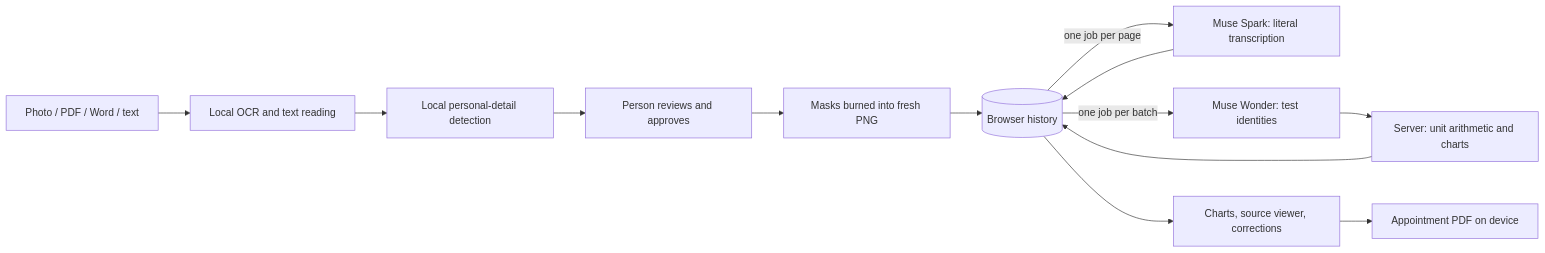
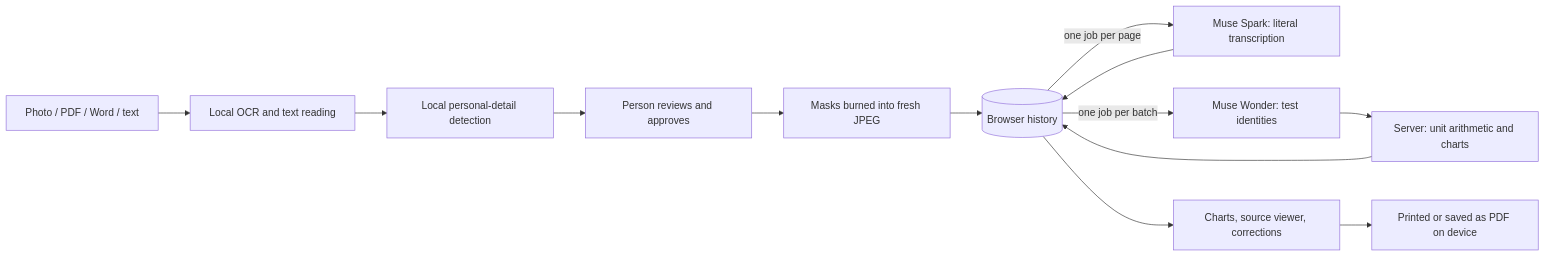
One commit to Caranea/carryover-labs changed the diagram in docs/architecture.md. Above: the diagram before and after it, drawn with Mermaid. The commit also changed other lines of this file and 56 other files, not shown here.

````diff
--- a/docs/architecture.md
+++ b/docs/architecture.md
@@ -5,15 +5,15 @@
 ```mermaid
 flowchart LR
   F[Photo / PDF / Word / text] --> O[Local OCR and text reading]
   O --> P[Local personal-detail detection]
   P --> R[Person reviews and approves]
-  R --> B[Masks burned into fresh PNG]
+  R --> B[Masks burned into fresh JPEG]
   B --> H[(Browser history)]
   H -- one job per page --> S[Muse Spark: literal transcription]
   S --> H
   H -- one job per batch --> W[Muse Wonder: test identities]
   W --> D[Server: unit arithmetic and charts]
   D --> H
   H --> C[Charts, source viewer, corrections]
-  C --> A[Appointment PDF on device]
+  C --> A[Printed or saved as PDF on device]
 ```
````
